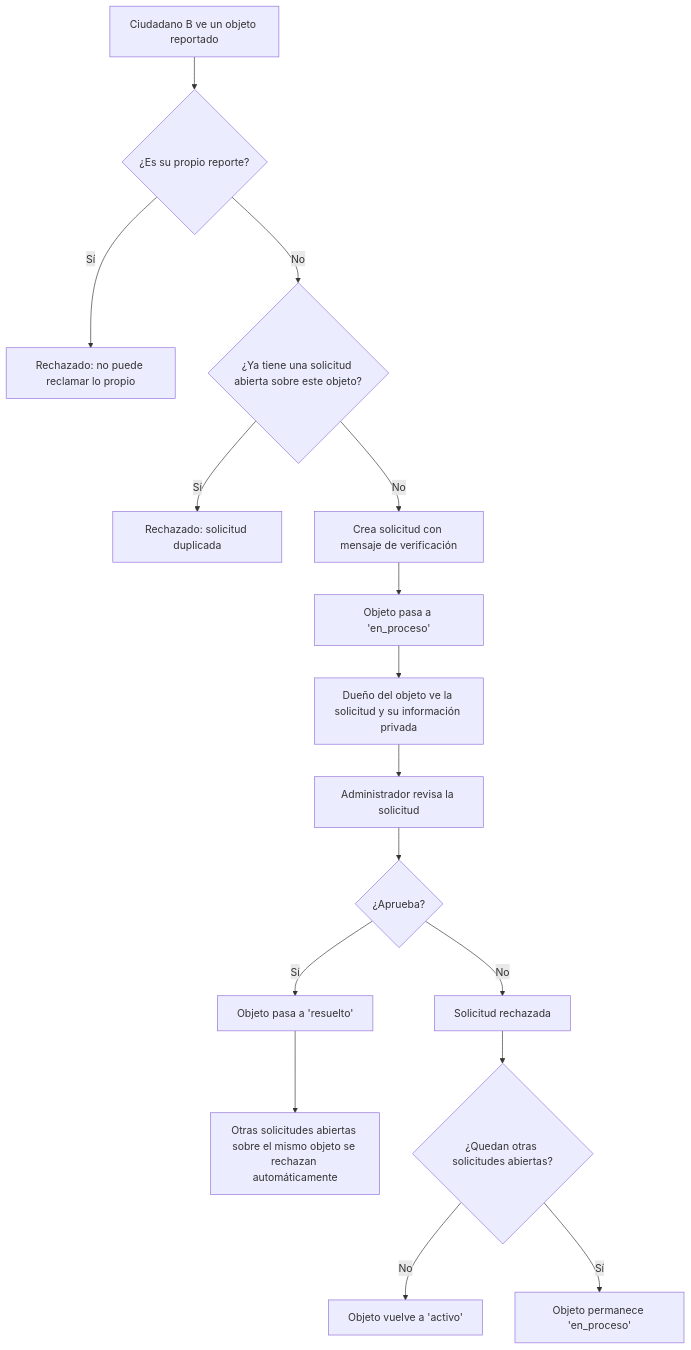
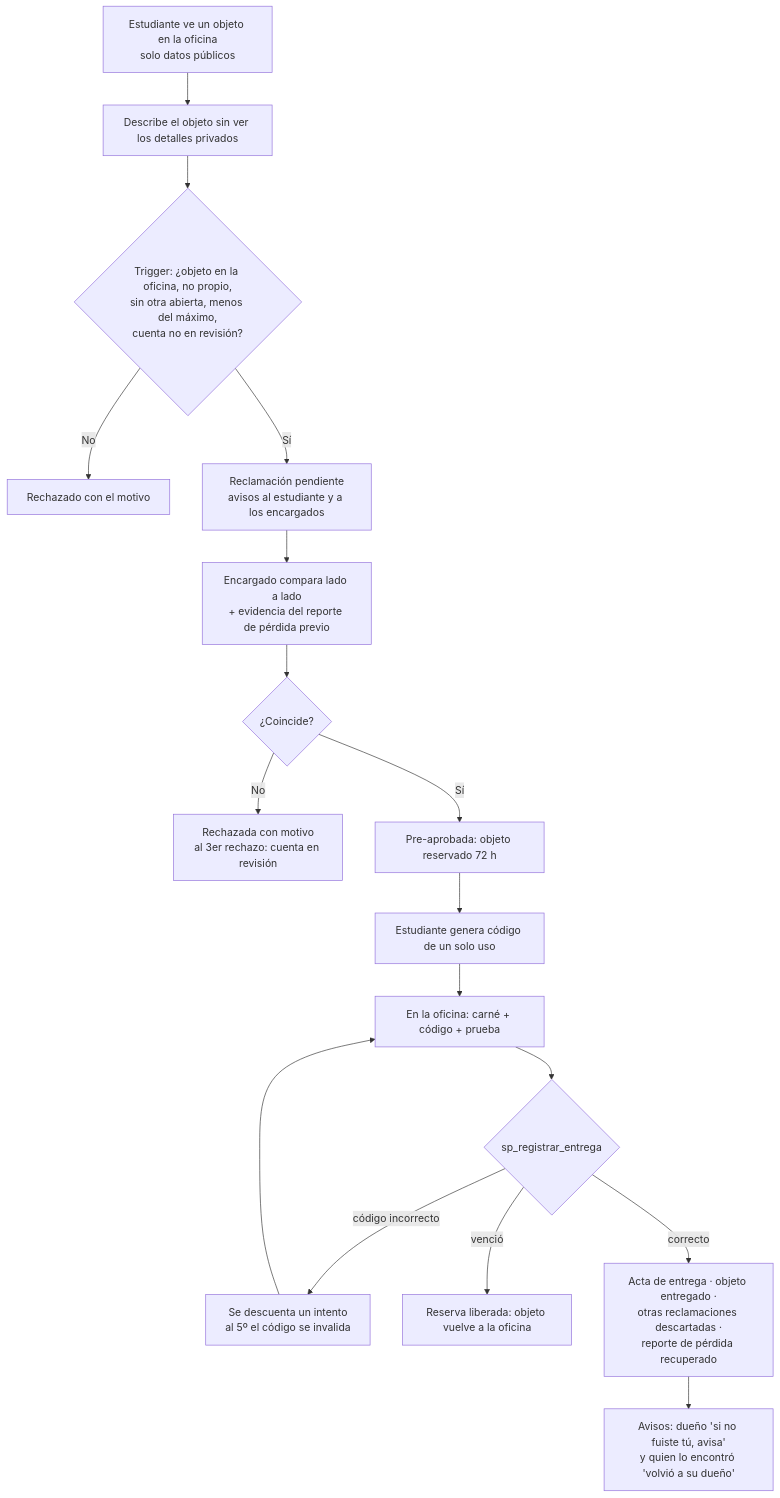
Before and after one commit to sebastquintero1312/EncuentraU: the fourth of 5 diagrams in docs/DIAGRAMAS.md, drawn with Mermaid. The commit also changed other lines of this file and 44 other files, not shown here.

````diff
--- a/docs/DIAGRAMAS.md
+++ b/docs/DIAGRAMAS.md
@@ -129,18 +185,19 @@
 ```mermaid
 flowchart TD
-    A[Ciudadano B ve un objeto reportado] --> B{"¿Es su propio reporte?"}
-    B -- Sí --> C[Rechazado: no puede reclamar lo propio]
-    B -- No --> D{"¿Ya tiene una solicitud abierta sobre este objeto?"}
-    D -- Sí --> E[Rechazado: solicitud duplicada]
-    D -- No --> F[Crea solicitud con mensaje de verificación]
-    F --> G[Objeto pasa a 'en_proceso']
-    G --> H[Dueño del objeto ve la solicitud y su información privada]
-    H --> I[Administrador revisa la solicitud]
-    I --> J{"¿Aprueba?"}
-    J -- Sí --> K[Objeto pasa a 'resuelto']
-    K --> L[Otras solicitudes abiertas sobre el mismo objeto se rechazan automáticamente]
-    J -- No --> M[Solicitud rechazada]
-    M --> N{"¿Quedan otras solicitudes abiertas?"}
-    N -- No --> O[Objeto vuelve a 'activo']
-    N -- Sí --> P[Objeto permanece 'en_proceso']
+    A[Estudiante ve un objeto en la oficina<br/>solo datos públicos] --> B[Describe el objeto sin ver los detalles privados]
+    B --> C{Trigger: ¿objeto en la oficina, no propio,<br/>sin otra abierta, menos del máximo,<br/>cuenta no en revisión?}
+    C -- No --> X[Rechazado con el motivo]
+    C -- Sí --> D[Reclamación pendiente<br/>avisos al estudiante y a los encargados]
+    D --> E[Encargado compara lado a lado<br/>+ evidencia del reporte de pérdida previo]
+    E --> F{¿Coincide?}
+    F -- No --> G[Rechazada con motivo<br/>al 3er rechazo: cuenta en revisión]
+    F -- Sí --> H[Pre-aprobada: objeto reservado 72 h]
+    H --> I[Estudiante genera código de un solo uso]
+    I --> J[En la oficina: carné + código + prueba]
+    J --> K{sp_registrar_entrega}
+    K -- código incorrecto --> L[Se descuenta un intento<br/>al 5º el código se invalida]
+    L --> J
+    K -- venció --> M[Reserva liberada: objeto vuelve a la oficina]
+    K -- correcto --> N[Acta de entrega · objeto entregado ·<br/>otras reclamaciones descartadas ·<br/>reporte de pérdida recuperado]
+    N --> O[Avisos: dueño 'si no fuiste tú, avisa'<br/>y quien lo encontró 'volvió a su dueño']
 ```
````
